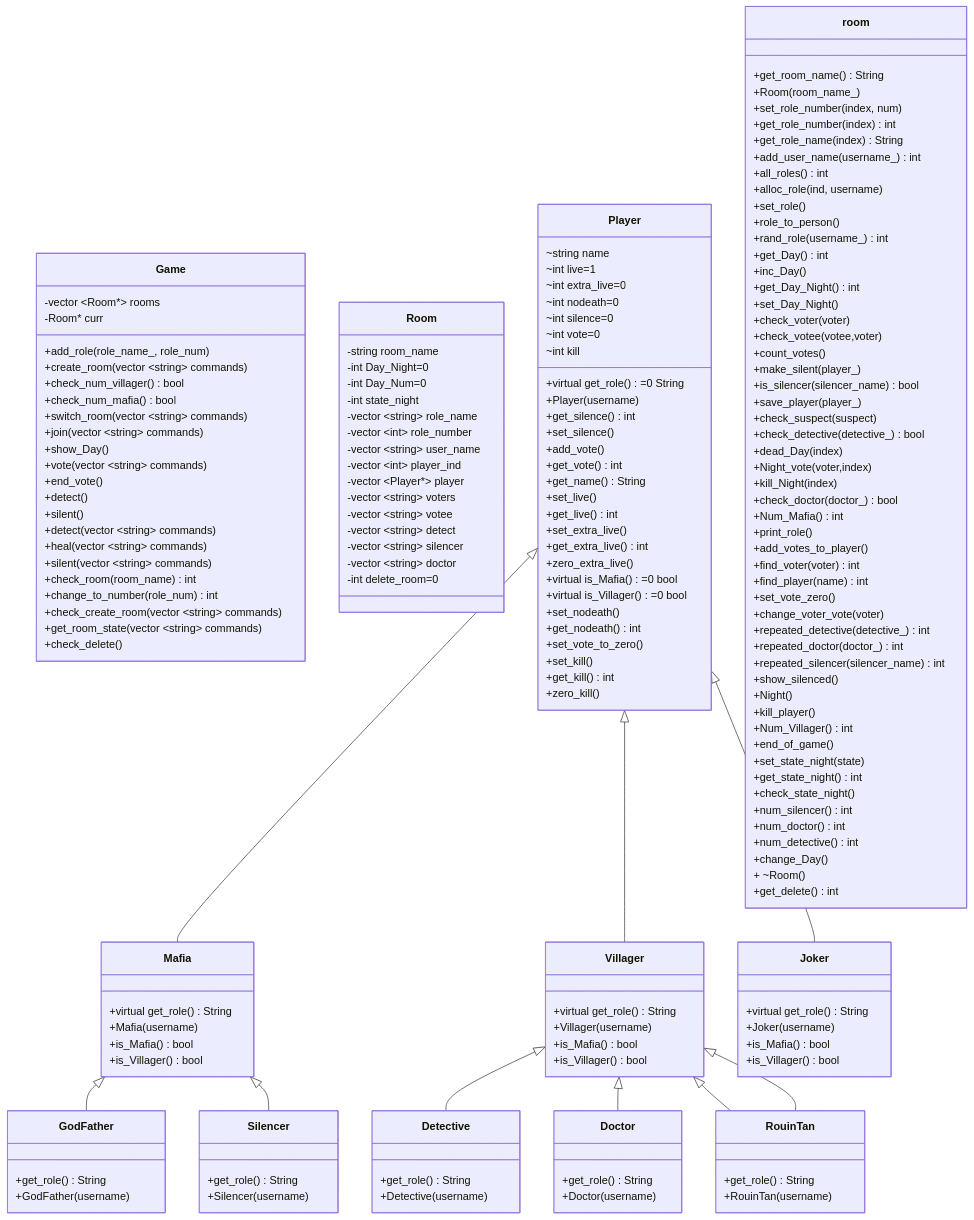
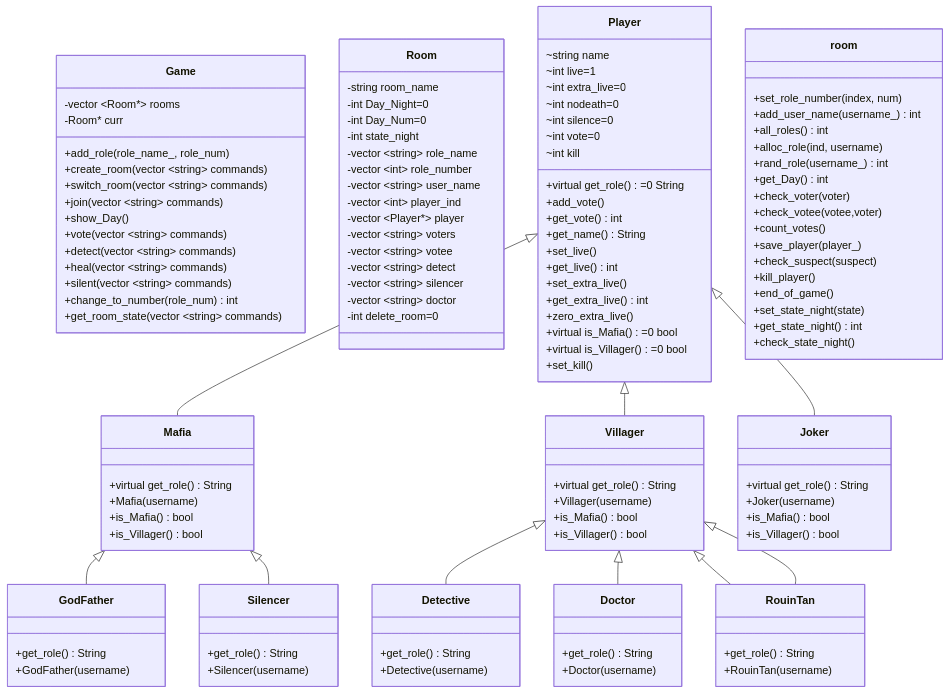
One commit to NeginAz/mafia_game changed the diagram in README.md. Above: the diagram before and after it, drawn with Mermaid.

````diff
--- a/README.md
+++ b/README.md
@@ -103,76 +103,34 @@
 class Game{
       +add_role(role_name_, role_num)
       +create_room(vector ~string~ commands)
-      +check_num_villager() bool
-      +check_num_mafia() bool
       +switch_room(vector ~string~ commands)
       +join(vector ~string~ commands)
       +show_Day()
       +vote(vector ~string~ commands)
-      +end_vote()
-      +detect()
-      +silent()
       +detect(vector ~string~ commands)
       +heal(vector ~string~ commands)
       +silent(vector ~string~ commands)
-      +check_room(room_name) int
       +change_to_number(role_num) int
-      +check_create_room(vector ~string~ commands)
       +get_room_state(vector ~string~ commands)
-      +check_delete()
 }
 class room{
-        +get_room_name() String
-        +Room(room_name_)
         +set_role_number(index, num)
-        +get_role_number(index) int
-        +get_role_name(index) String
         +add_user_name(username_) int
         +all_roles() int
         +alloc_role(ind, username)
-        +set_role()
-        +role_to_person()
         +rand_role(username_) int
         +get_Day() int
-        +inc_Day()
-        +get_Day_Night() int
-        +set_Day_Night()
         +check_voter(voter)
         +check_votee(votee,voter)
         +count_votes()
-        +make_silent(player_)
-        +is_silencer(silencer_name) bool
         +save_player(player_)
         +check_suspect(suspect)
-        +check_detective(detective_) bool 
-        +dead_Day(index)
-        +Night_vote(voter,index)
-        +kill_Night(index) 
-        +check_doctor(doctor_) bool
-        +Num_Mafia() int
-        +print_role()
-        +add_votes_to_player()
-        +find_voter(voter) int
-        +find_player(name) int
-        +set_vote_zero()
-        +change_voter_vote(voter)
-        +repeated_detective(detective_) int
-        +repeated_doctor(doctor_) int
-        +repeated_silencer(silencer_name) int
-        +show_silenced()
-        +Night()
         +kill_player()
-        +Num_Villager() int
         +end_of_game()
         +set_state_night(state)
         +get_state_night() int
         +check_state_night()
-        +num_silencer() int
-        +num_doctor() int
-        +num_detective() int
-        +change_Day()
-        + ~Room()
-        +get_delete() int
+
 }
 
 
@@ -181,9 +139,6 @@
 
 class Player{
   +virtual get_role()=0 String
-  +Player(username)
-  +get_silence() int
-  +set_silence()
   +add_vote()
   +get_vote() int
   +get_name() String
@@ -194,12 +149,7 @@
   +zero_extra_live()
   +virtual is_Mafia()=0 bool
   +virtual is_Villager()=0 bool
-  +set_nodeath()
-  +get_nodeath() int
-  +set_vote_to_zero()
   +set_kill()
-  +get_kill() int
-  +zero_kill()
 }
 
 ```
````
